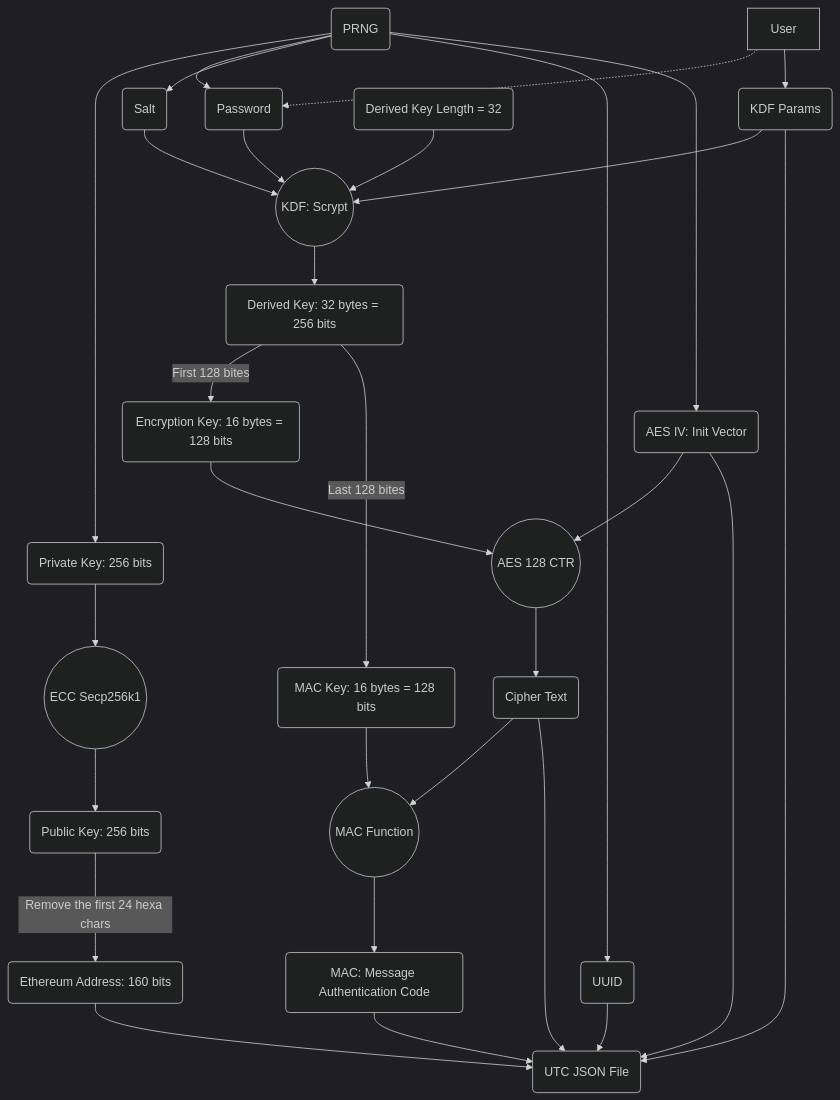
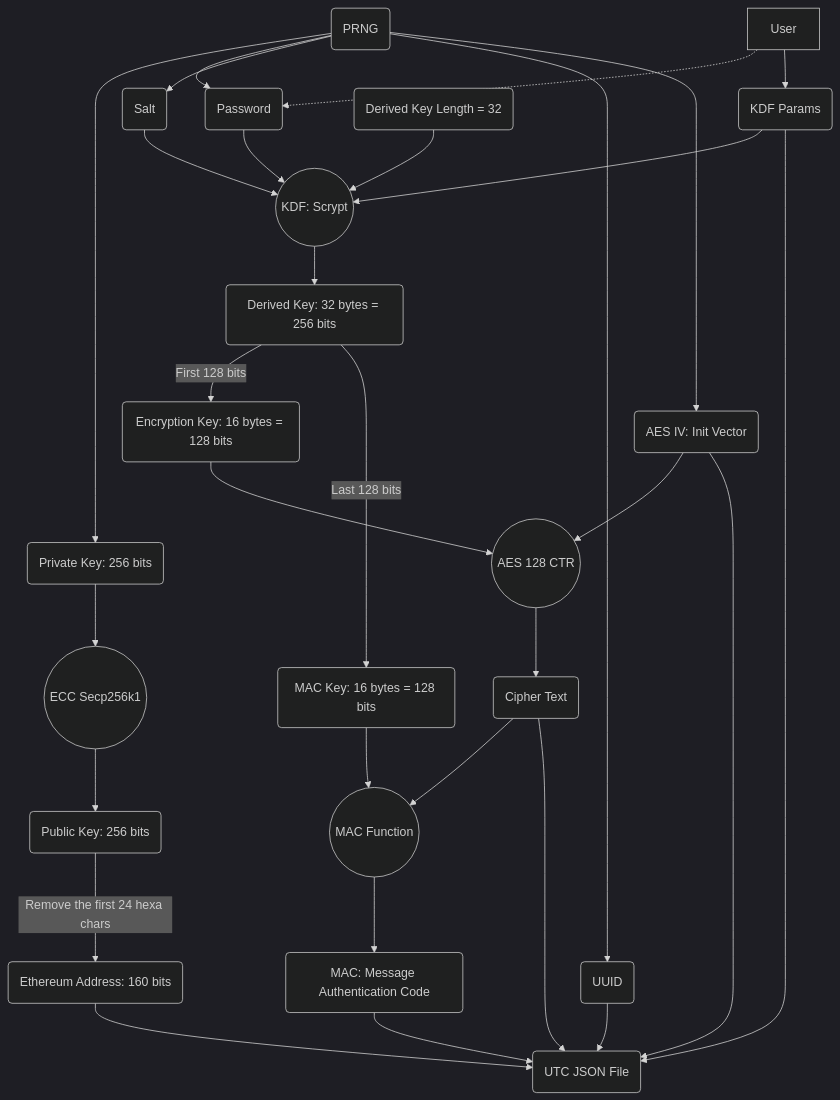
One commit to VISCHub/ether-examples changed the diagram in wallet/resources/how_generate_utc_file.mermaid. Above: the diagram before and after it, drawn with Mermaid (dark theme). The commit also changed 8 other files, not shown here.

Commit message:
added graph generation

```diff
--- a/wallet/resources/how_generate_utc_file.mermaid
+++ b/wallet/resources/how_generate_utc_file.mermaid
@@ -1,53 +1,53 @@
 graph TB
 
 PRNG(PRNG)
 User[User]
 Priv(Private Key: 256 bits)
 Pub(Public Key: 256 bits)
 Addr(Ethereum Address: 160 bits)
 ECC((ECC Secp256k1))
 KDF((KDF: Scrypt))
 Pwd(Password)
 Salt(Salt)
 KdfParams(KDF Params)
 UUID(UUID)
 DkLen(Derived Key Length = 32)
 UTCFile(UTC JSON File)
 AES((AES 128 CTR))
 AES_IV(AES IV: Init Vector)
 MAC(MAC: Message Authentication Code)
 DerivedKey(Derived Key: 32 bytes = 256 bits)
 EncKey(Encryption Key: 16 bytes = 128 bits)
 MacKey(MAC Key: 16 bytes = 128 bits)
 CipherText(Cipher Text)
 MacFunc((MAC Function))
 
 PRNG --> Priv;
 PRNG --> Pwd;
 PRNG --> Salt;
 User -.-> Pwd;
 User --> KdfParams;
 PRNG --> UUID;
 Priv --> ECC;
 ECC --> Pub;
 Pub -->|Remove the first 24 hexa chars| Addr;
 Pwd --> KDF;
 Salt --> KDF;
 KdfParams --> KDF;
 DkLen --> KDF;
 UUID --> UTCFile;
 AES_IV --> AES;
 PRNG --> AES_IV;
 KDF --> DerivedKey;
-DerivedKey -->|First 128 bites| EncKey;
-DerivedKey -->|Last 128 bites| MacKey;
+DerivedKey -->|First 128 bits| EncKey;
+DerivedKey -->|Last 128 bits| MacKey;
 EncKey --> AES;
 AES --> CipherText;
 CipherText --> MacFunc;
 MacKey --> MacFunc;
 MacFunc --> MAC;
 CipherText --> UTCFile;
 MAC --> UTCFile;
 Addr --> UTCFile;
 AES_IV --> UTCFile;
 KdfParams --> UTCFile;
```
